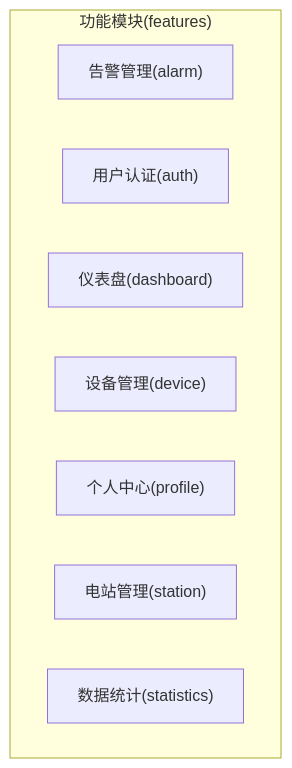
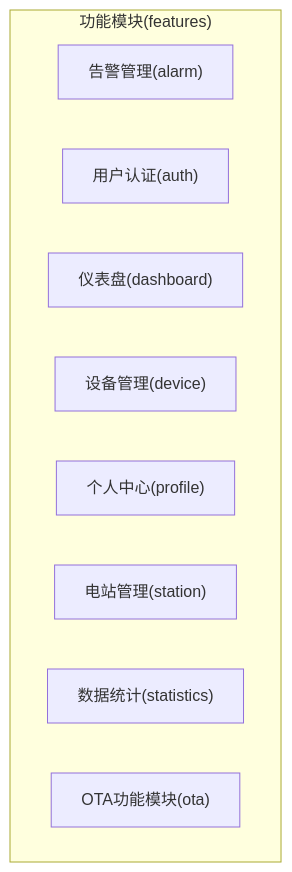
One commit to mcmrzy/cs_inv_monitor-develop changed the fifth of 12 diagrams in .qoder/repowiki/zh/content/移动端应用/移动端应用.md. Above: the diagram before and after it, drawn with Mermaid. The commit also changed other lines of this file and 88 other files, not shown here.

````diff
--- a/.qoder/repowiki/zh/content/移动端应用/移动端应用.md
+++ b/.qoder/repowiki/zh/content/移动端应用/移动端应用.md
@@ -231,12 +245,13 @@
 ```mermaid
 graph TB
 subgraph "功能模块(features)"
 ALARM["告警管理(alarm)"]
 AUTH["用户认证(auth)"]
 DASH["仪表盘(dashboard)"]
 DEV["设备管理(device)"]
 PROF["个人中心(profile)"]
 STATION["电站管理(station)"]
 STATS["数据统计(statistics)"]
+OTA["OTA功能模块(ota)"]
 end
 ```
````
